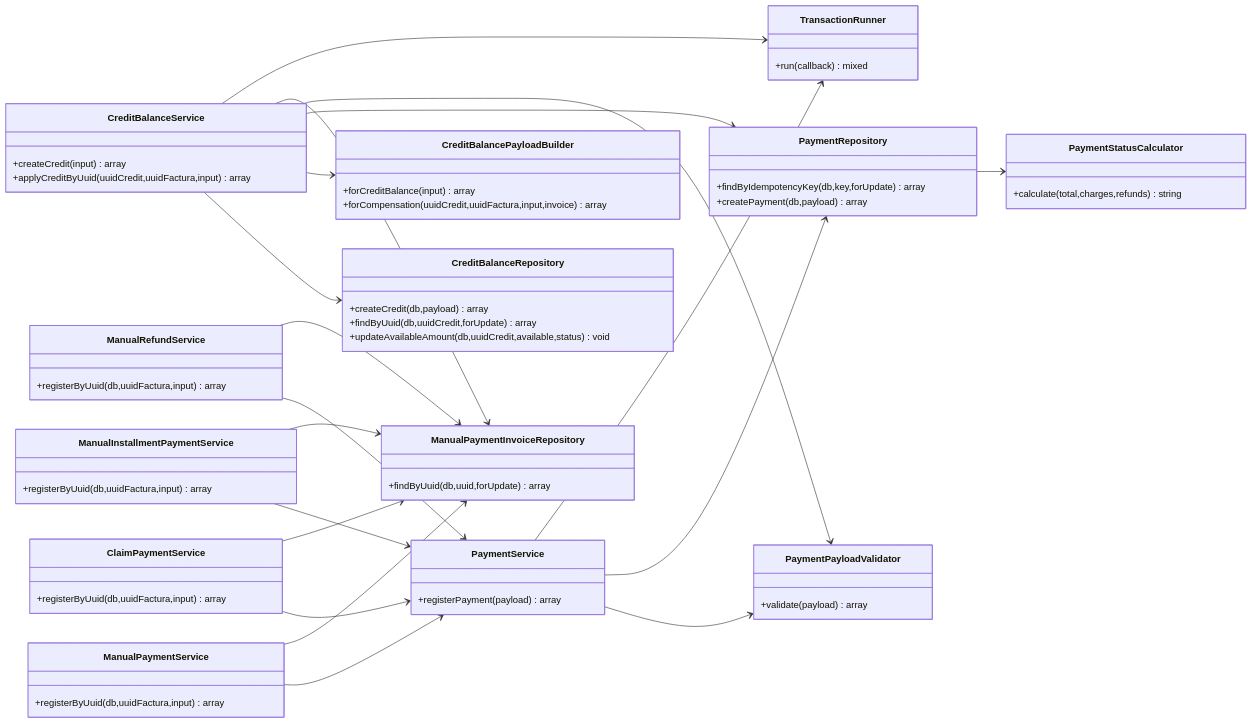
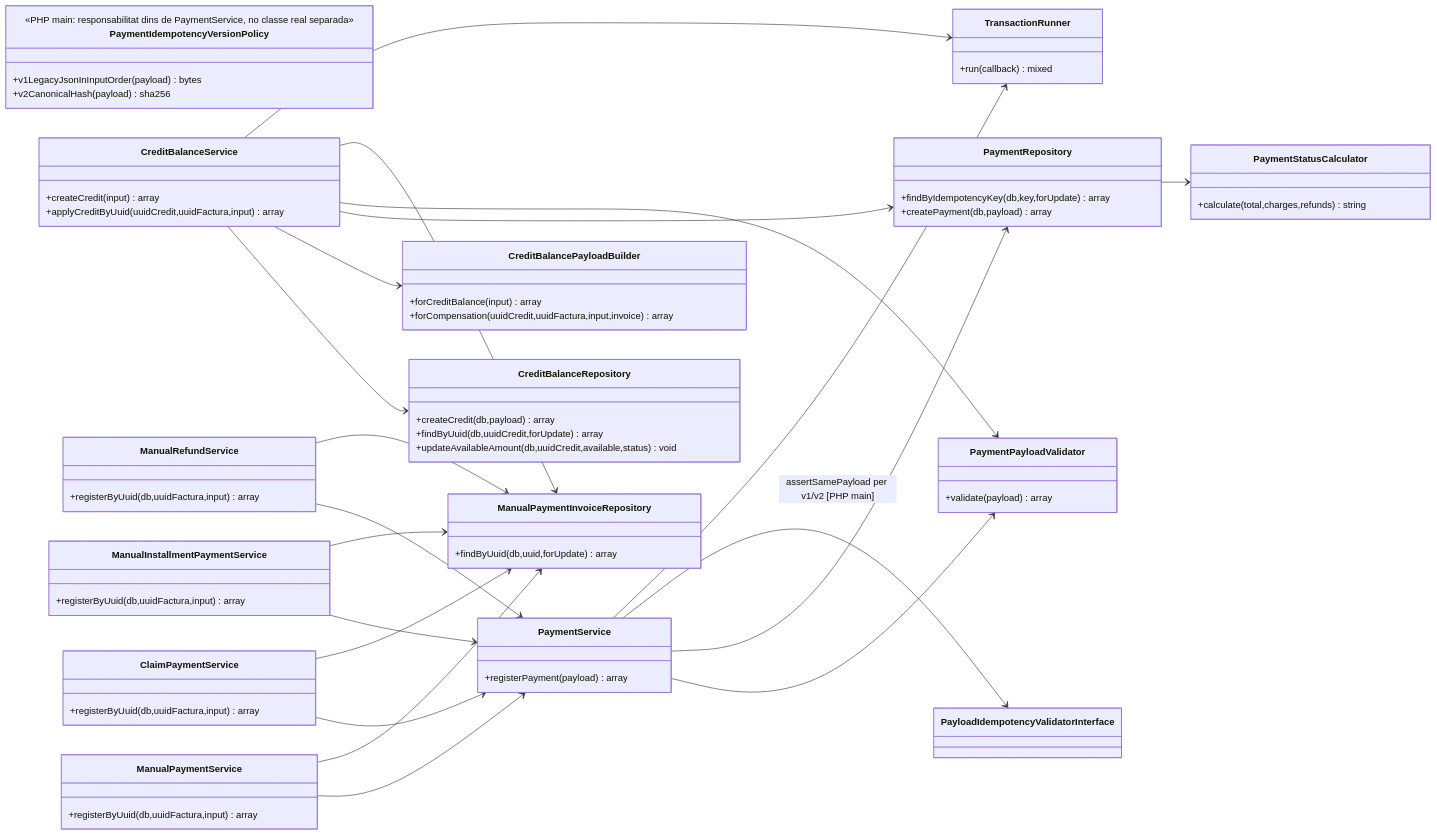
Before and after one commit to orgmeriemprismacat-del/verifactu: the third of 27 diagrams in documentacio/07-uml-integrat/00-model-classes-general.md, drawn with Mermaid. The commit also changed other lines of this file, not shown here.

Commit message:
docs(uml): model general incorpora contracte de hash main i separa idempotència Redsys de fiscal i pagaments

````diff
--- a/documentacio/07-uml-integrat/00-model-classes-general.md
+++ b/documentacio/07-uml-integrat/00-model-classes-general.md
@@ -135,66 +147,72 @@
 ```mermaid
 classDiagram
 direction LR
 class PaymentService {
  +registerPayment(payload) array
+}
+class PaymentIdempotencyVersionPolicy {
+ <<PHP main: responsabilitat dins de PaymentService, no classe real separada>>
+ +v1LegacyJsonInInputOrder(payload) bytes
+ +v2CanonicalHash(payload) sha256
 }
 class PaymentPayloadValidator {
  +validate(payload) array
 }
 class PaymentRepository {
  +findByIdempotencyKey(db,key,forUpdate) array
  +createPayment(db,payload) array
 }
 class PaymentStatusCalculator {
  +calculate(total,charges,refunds) string
 }
 class ManualPaymentService {
  +registerByUuid(db,uuidFactura,input) array
 }
 class ClaimPaymentService {
  +registerByUuid(db,uuidFactura,input) array
 }
 class ManualInstallmentPaymentService {
  +registerByUuid(db,uuidFactura,input) array
 }
 class ManualRefundService {
  +registerByUuid(db,uuidFactura,input) array
 }
 class CreditBalanceService {
  +createCredit(input) array
  +applyCreditByUuid(uuidCredit,uuidFactura,input) array
 }
 class CreditBalanceRepository {
  +createCredit(db,payload) array
  +findByUuid(db,uuidCredit,forUpdate) array
  +updateAvailableAmount(db,uuidCredit,available,status) void
 }
 class CreditBalancePayloadBuilder {
  +forCreditBalance(input) array
  +forCompensation(uuidCredit,uuidFactura,input,invoice) array
 }
 class ManualPaymentInvoiceRepository {
  +findByUuid(db,uuid,forUpdate) array
 }
 class TransactionRunner {
  +run(callback) mixed
 }
 PaymentService --> PaymentPayloadValidator
 PaymentService --> PaymentRepository
+PaymentService --> PayloadIdempotencyValidatorInterface : assertSamePayload per v1/v2 [PHP main]
 PaymentService --> TransactionRunner
 PaymentRepository --> PaymentStatusCalculator
 ManualPaymentService --> PaymentService
 ManualPaymentService --> ManualPaymentInvoiceRepository
 ClaimPaymentService --> PaymentService
 ClaimPaymentService --> ManualPaymentInvoiceRepository
 ManualInstallmentPaymentService --> PaymentService
 ManualInstallmentPaymentService --> ManualPaymentInvoiceRepository
 ManualRefundService --> PaymentService
 ManualRefundService --> ManualPaymentInvoiceRepository
 CreditBalanceService --> CreditBalanceRepository
 CreditBalanceService --> CreditBalancePayloadBuilder
 CreditBalanceService --> PaymentRepository
 CreditBalanceService --> PaymentPayloadValidator
 CreditBalanceService --> ManualPaymentInvoiceRepository
 CreditBalanceService --> TransactionRunner
 ```
````
